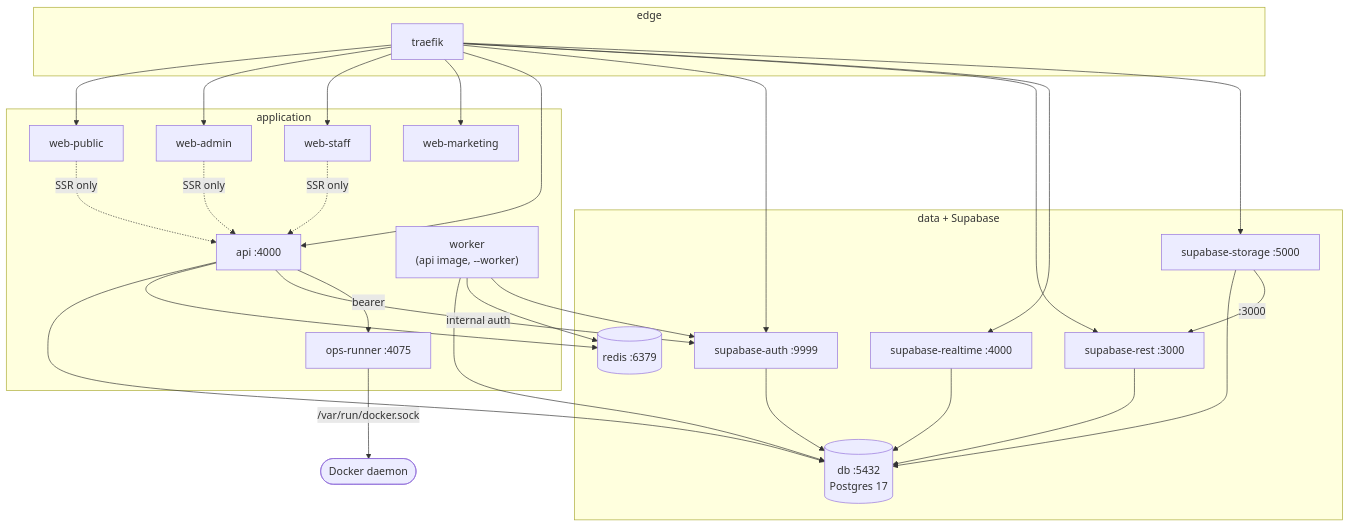
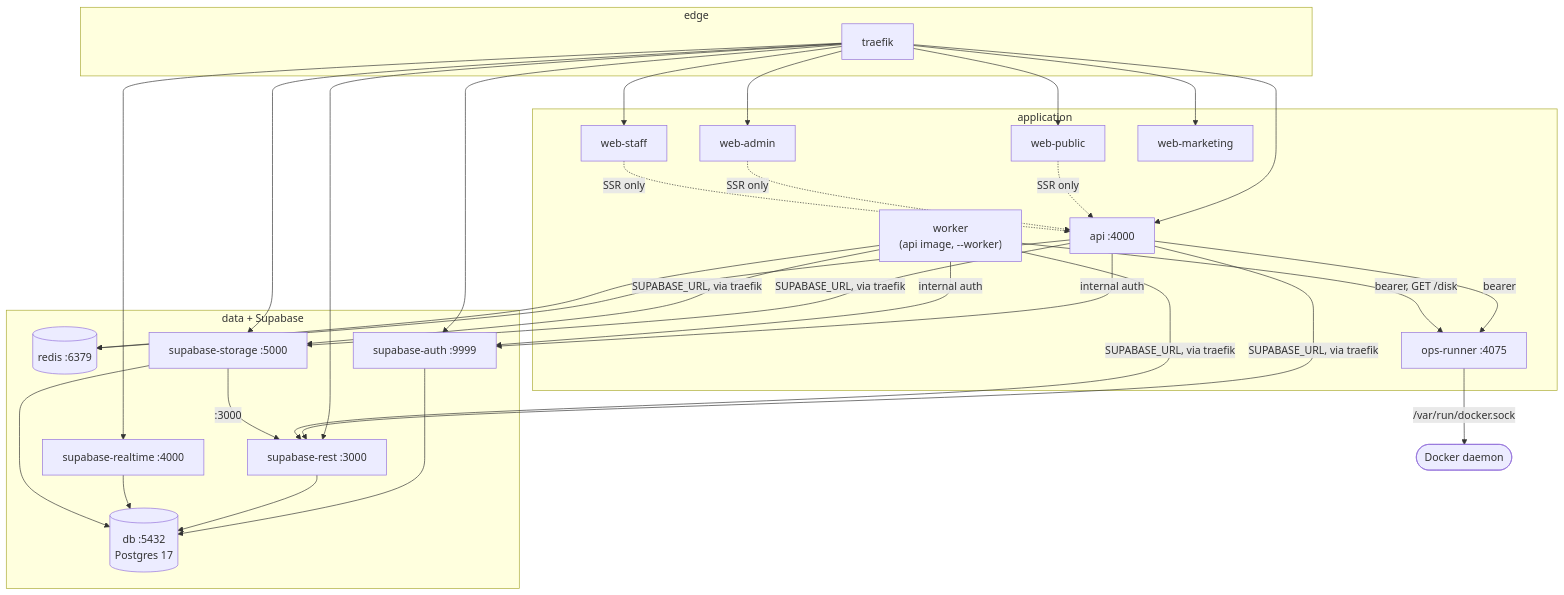
One commit to GrosTony6970/MyClash changed diagram 14 of 15 in docs/ARCHITECTURE.md. Above: the diagram before and after it, drawn with Mermaid. The commit also changed other lines of this file, not shown here.

First line of the commit message:
docs(architecture): the worker's own rules; the api and worker reach the database through PostgREST

````diff
--- a/docs/ARCHITECTURE.md
+++ b/docs/ARCHITECTURE.md
@@ -4106,47 +4120,48 @@
 ```mermaid
 flowchart TD
   subgraph EDGE["edge"]
     TR["traefik"]
   end
 
   subgraph APP["application"]
     PUB["web-public"]
     ADM["web-admin"]
     SCO["web-staff"]
     MKT["web-marketing"]
     API["api :4000"]
     WRK["worker<br/>(api image, --worker)"]
     OPS["ops-runner :4075"]
   end
 
   subgraph DATA["data + Supabase"]
     DB[("db :5432<br/>Postgres 17")]
     RDS[("redis :6379")]
     AUTH["supabase-auth :9999"]
     REST["supabase-rest :3000"]
     RT["supabase-realtime :4000"]
     STOR["supabase-storage :5000"]
   end
 
   TR --> PUB & ADM & SCO & MKT & API & AUTH & REST & RT & STOR
 
   PUB -.->|"SSR only"| API
   ADM -.->|"SSR only"| API
   SCO -.->|"SSR only"| API
 
-  API --> DB
+  API -->|"SUPABASE_URL, via traefik"| REST & STOR
   API --> RDS
   API -->|"internal auth"| AUTH
   API -->|"bearer"| OPS
-  WRK --> DB
+  WRK -->|"SUPABASE_URL, via traefik"| REST & STOR
   WRK --> RDS
-  WRK --> AUTH
+  WRK -->|"internal auth"| AUTH
+  WRK -->|"bearer, GET /disk"| OPS
 
   AUTH --> DB
   REST --> DB
   RT --> DB
   STOR --> DB
   STOR -->|":3000"| REST
 
   OPS -->|"/var/run/docker.sock"| HOST(["Docker daemon"])
 ```
````
